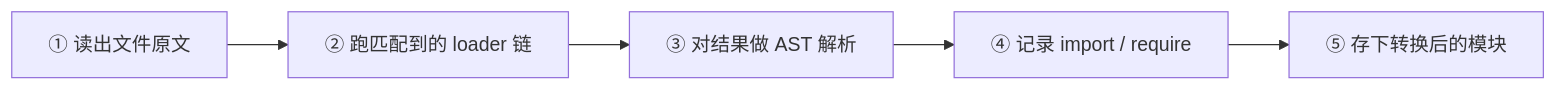
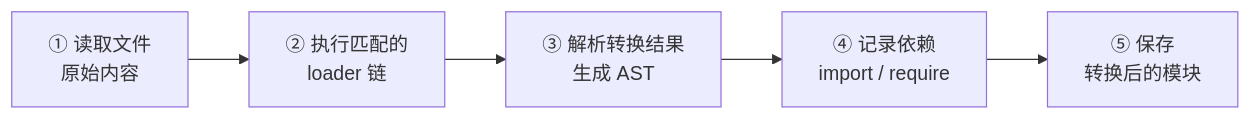
The sixth of 14 diagrams in content/posts/frontend-build-tools-evolution.mdx (Jaxon1216/homepage), drawn with Mermaid before and after one commit. The commit also changed other lines of this file and 16 other files, not shown here.

````diff
--- a/content/posts/frontend-build-tools-evolution.mdx
+++ b/content/posts/frontend-build-tools-evolution.mdx
@@ -393,7 +409,7 @@
-```mermaid
+```mermaid title="模块构建中的 loader 与 AST 处理"
 flowchart LR
-  R["① 读出文件原文"] --> L["② 跑匹配到的 loader 链"]
-  L --> A["③ 对结果做 AST 解析"]
-  A --> D["④ 记录 import / require"]
-  D --> S["⑤ 存下转换后的模块"]
+  R["① 读取文件<br/>原始内容"] --> L["② 执行匹配的<br/>loader 链"]
+  L --> A["③ 解析转换结果<br/>生成 AST"]
+  A --> D["④ 记录依赖<br/>import / require"]
+  D --> S["⑤ 保存<br/>转换后的模块"]
 ```
````
